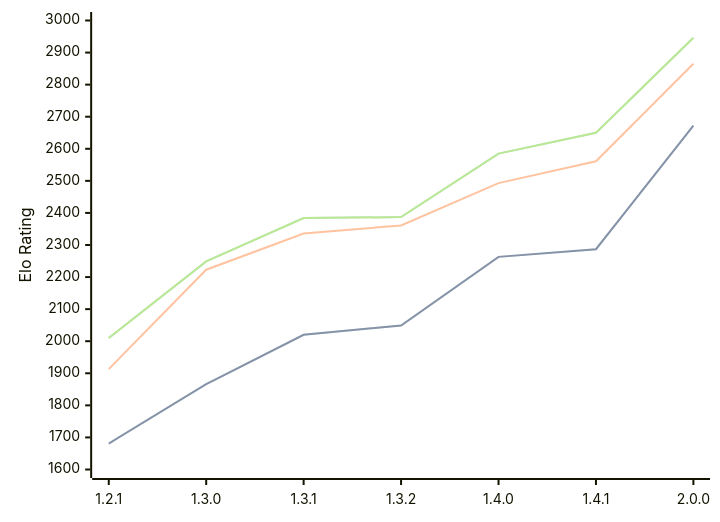
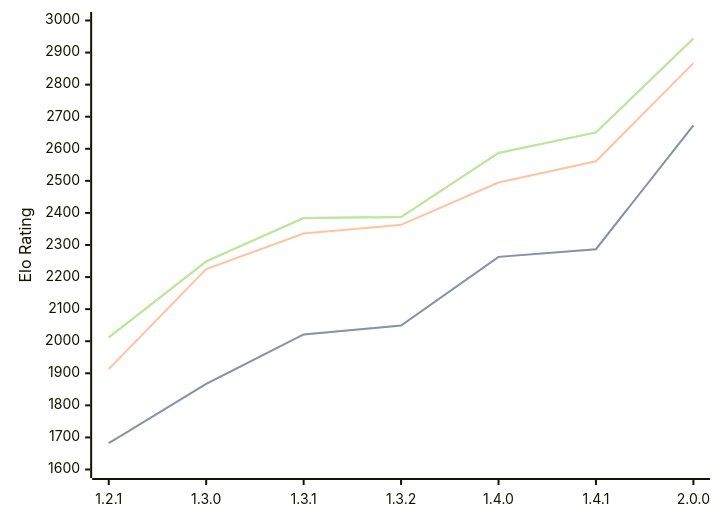
Before and after one commit to computer-chess-index/cci: the diagram in engines/Chal.md, drawn with Mermaid. The commit also changed other lines of this file, not shown here.

Commit message:
Update CCI Ratings (ELO VLTC) - 2026-09-14

````diff
--- a/engines/Chal.md
+++ b/engines/Chal.md
@@ -37,11 +37,11 @@
 ```mermaid
 %%{init: {"theme":"base","themeVariables":{"seriesColors:['#a3a3a3','#222221','#faa371']}}}%%
 xychart-beta
   x-axis ["1.2.1", "1.3.0", "1.3.1", "1.3.2", "1.4.0", "1.4.1", "2.0.0"]
   y-axis "Elo Rating" 1600 --> 3000
-  line "" [1681, 1866, 2020, 2049, 2263, 2287, 2672]
-  line "STC (8.0+0.08s)" [1681, 1866, 2020, 2049, 2263, 2287, 2672]
-  line "LTC (60.0+0.60s)" [1913, 2223, 2336, 2361, 2493, 2561, 2865]
-  line "" [2010, 2249, 2384, 2387, 2585, 2650, 2946]
-  line "VLTC (2m24s+1.12s)" [2010, 2249, 2384, 2387, 2585, 2650, 2946]
+  line "" [1682, 1867, 2021, 2049, 2263, 2287, 2673]
+  line "STC (8.0+0.08s)" [1682, 1867, 2021, 2049, 2263, 2287, 2673]
+  line "LTC (60.0+0.60s)" [1913, 2225, 2336, 2363, 2495, 2561, 2867]
+  line "" [2012, 2249, 2384, 2387, 2587, 2651, 2944]
+  line "VLTC (2m24s+1.12s)" [2012, 2249, 2384, 2387, 2587, 2651, 2944]
 ```
````
